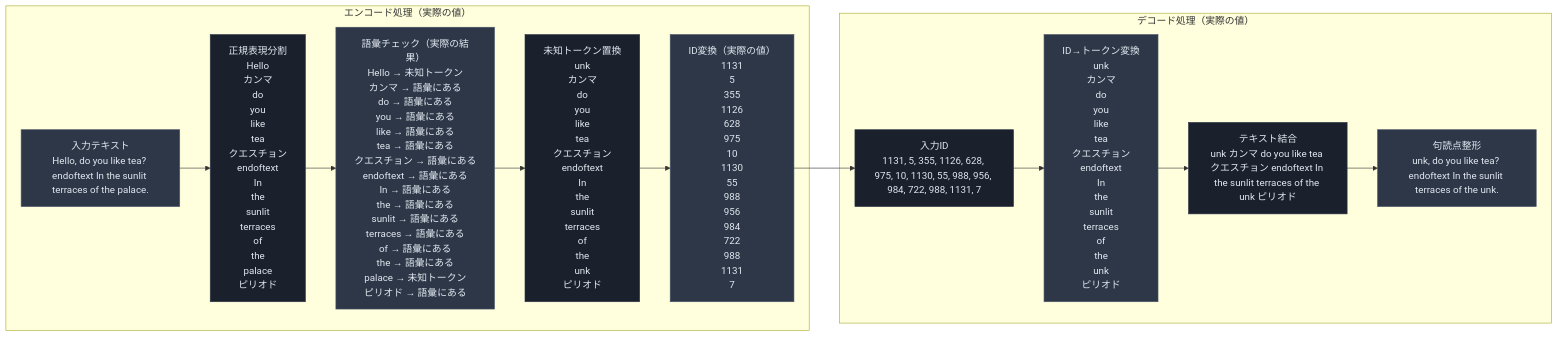
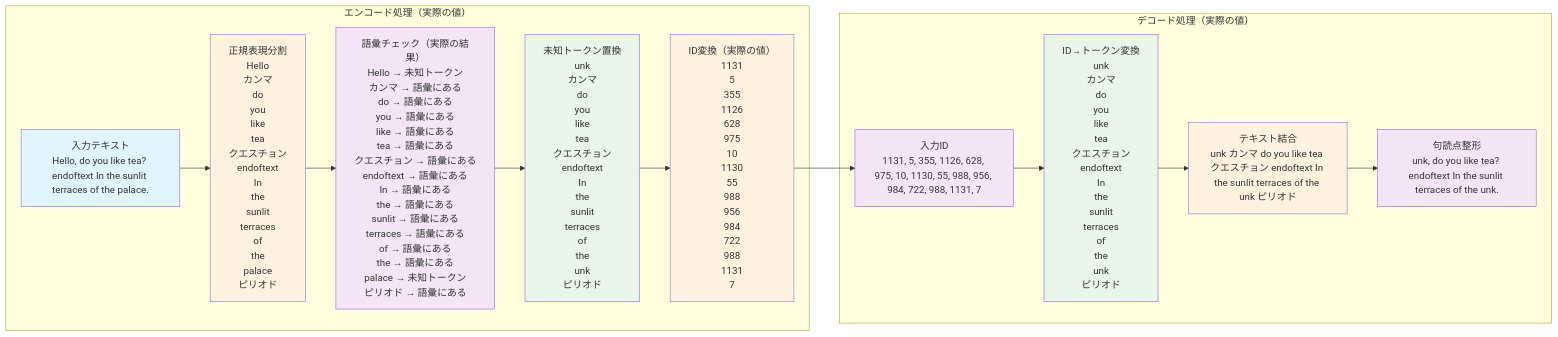
One commit to HayatoKudou/LLM-Tukuttemita changed the first of 2 diagrams in README.md. Above: the diagram before and after it, drawn with Mermaid.

````diff
--- a/README.md
+++ b/README.md
@@ -74,27 +74,27 @@
 ```mermaid
 graph LR
     subgraph "エンコード処理（実際の値）"
         A1["入力テキスト<br/>Hello, do you like tea? endoftext In the sunlit terraces of the palace."] --> A2["正規表現分割<br/>Hello<br/>カンマ<br/>do<br/>you<br/>like<br/>tea<br/>クエスチョン<br/>endoftext<br/>In<br/>the<br/>sunlit<br/>terraces<br/>of<br/>the<br/>palace<br/>ピリオド"]
         A2 --> A3["語彙チェック（実際の結果）<br/>Hello → 未知トークン<br/>カンマ → 語彙にある<br/>do → 語彙にある<br/>you → 語彙にある<br/>like → 語彙にある<br/>tea → 語彙にある<br/>クエスチョン → 語彙にある<br/>endoftext → 語彙にある<br/>In → 語彙にある<br/>the → 語彙にある<br/>sunlit → 語彙にある<br/>terraces → 語彙にある<br/>of → 語彙にある<br/>the → 語彙にある<br/>palace → 未知トークン<br/>ピリオド → 語彙にある"]
         A3 --> A4["未知トークン置換<br/>unk<br/>カンマ<br/>do<br/>you<br/>like<br/>tea<br/>クエスチョン<br/>endoftext<br/>In<br/>the<br/>sunlit<br/>terraces<br/>of<br/>the<br/>unk<br/>ピリオド"]
         A4 --> A5["ID変換（実際の値）<br/>1131<br/>5<br/>355<br/>1126<br/>628<br/>975<br/>10<br/>1130<br/>55<br/>988<br/>956<br/>984<br/>722<br/>988<br/>1131<br/>7"]
     end
     
     subgraph "デコード処理（実際の値）"
         B1["入力ID<br/>1131, 5, 355, 1126, 628, 975, 10, 1130, 55, 988, 956, 984, 722, 988, 1131, 7"] --> B2["ID→トークン変換<br/>unk<br/>カンマ<br/>do<br/>you<br/>like<br/>tea<br/>クエスチョン<br/>endoftext<br/>In<br/>the<br/>sunlit<br/>terraces<br/>of<br/>the<br/>unk<br/>ピリオド"]
         B2 --> B3["テキスト結合<br/>unk カンマ do you like tea クエスチョン endoftext In the sunlit terraces of the unk ピリオド"]
         B3 --> B4["句読点整形<br/>unk, do you like tea? endoftext In the sunlit terraces of the unk."]
     end
     
     A5 --> B1
     
-    style A1 fill:#2d3748,stroke:#4a5568,color:#e2e8f0
-    style A2 fill:#1a202c,stroke:#2d3748,color:#e2e8f0
-    style A3 fill:#2d3748,stroke:#4a5568,color:#e2e8f0
-    style A4 fill:#1a202c,stroke:#2d3748,color:#e2e8f0
-    style A5 fill:#2d3748,stroke:#4a5568,color:#e2e8f0
-    style B1 fill:#1a202c,stroke:#2d3748,color:#e2e8f0
-    style B2 fill:#2d3748,stroke:#4a5568,color:#e2e8f0
-    style B3 fill:#1a202c,stroke:#2d3748,color:#e2e8f0
-    style B4 fill:#2d3748,stroke:#4a5568,color:#e2e8f0
+    style A1 fill:#e1f5fe
+    style A2 fill:#fff3e0
+    style A3 fill:#f3e5f5
+    style A4 fill:#e8f5e8
+    style A5 fill:#fff3e0
+    style B1 fill:#f3e5f5
+    style B2 fill:#e8f5e8
+    style B3 fill:#fff3e0
+    style B4 fill:#f3e5f5
 ```
````
